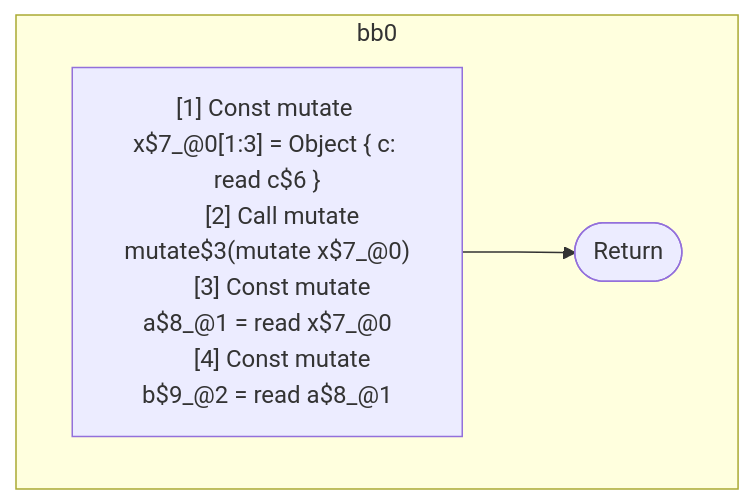
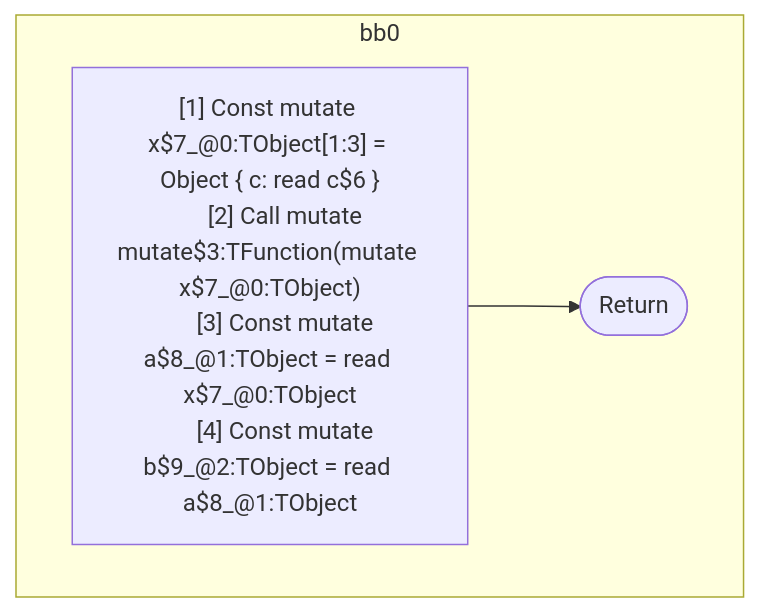
One commit to wutsmog/private changed the diagram in compiler/forget/src/__tests__/fixtures/hir/issue852.expect.md. Above: the diagram before and after it, drawn with Mermaid. The commit also changed other lines of this file and 112 other files, not shown here.

````diff
--- a/compiler/forget/src/__tests__/fixtures/hir/issue852.expect.md
+++ b/compiler/forget/src/__tests__/fixtures/hir/issue852.expect.md
@@ -50,16 +50,16 @@
 ```mermaid
 flowchart TB
   %% Basic Blocks
   subgraph bb0
     bb0_instrs["
-      [1] Const mutate x$7_@0[1:3] = Object { c: read c$6 }
-      [2] Call mutate mutate$3(mutate x$7_@0)
-      [3] Const mutate a$8_@1 = read x$7_@0
-      [4] Const mutate b$9_@2 = read a$8_@1
+      [1] Const mutate x$7_@0:TObject[1:3] = Object { c: read c$6 }
+      [2] Call mutate mutate$3:TFunction(mutate x$7_@0:TObject)
+      [3] Const mutate a$8_@1:TObject = read x$7_@0:TObject
+      [4] Const mutate b$9_@2:TObject = read a$8_@1:TObject
     "]
     bb0_instrs --> bb0_terminal(["Return"])
   end
 
   %% Jumps
   %% empty
 ```
````
